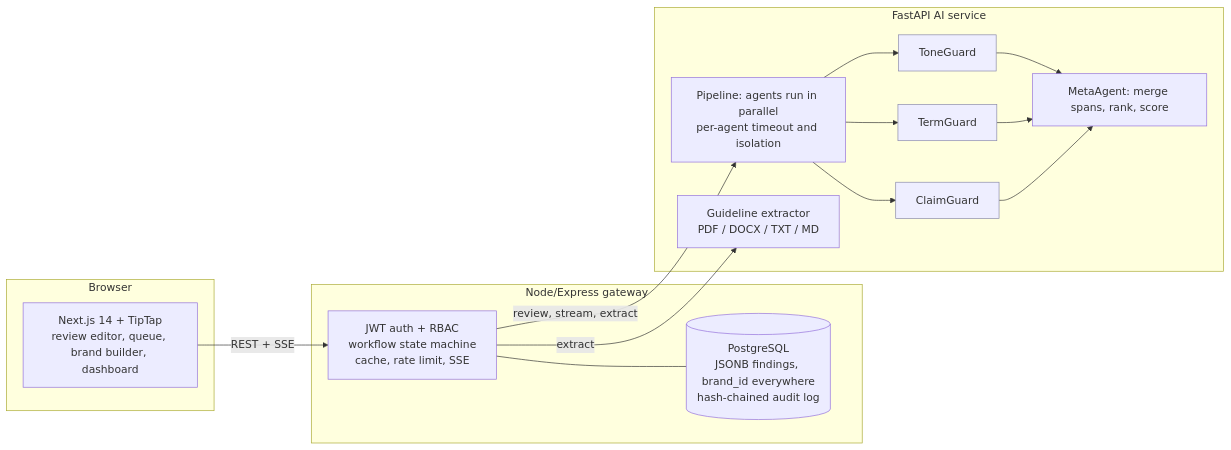
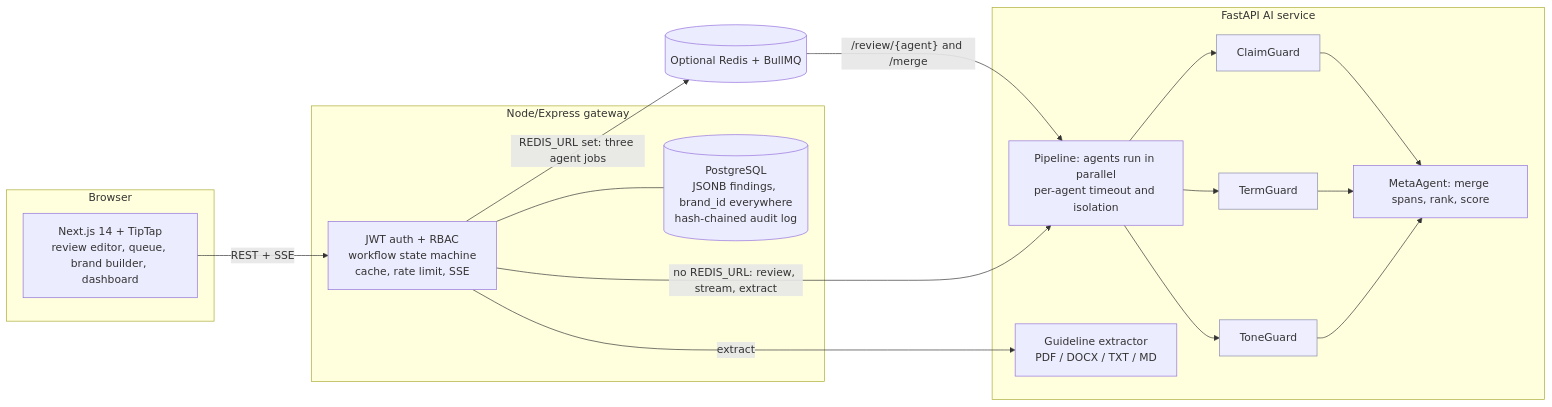
The diagram in README.md (Anky2231/verity), drawn with Mermaid before and after one commit. The commit also changed other lines of this file and 2 other files, not shown here.

Commit message:
docs: describe optional queue mode and latency

````diff
--- a/README.md
+++ b/README.md
@@ -25,24 +25,27 @@
 ```mermaid
 flowchart LR
   subgraph Browser
     W[Next.js 14 + TipTap<br/>review editor, queue, brand builder, dashboard]
   end
   subgraph API[Node/Express gateway]
     A[JWT auth + RBAC<br/>workflow state machine<br/>cache, rate limit, SSE]
     DB[(PostgreSQL<br/>JSONB findings, brand_id everywhere<br/>hash-chained audit log)]
   end
+  R[(Optional Redis + BullMQ)]
   subgraph AI[FastAPI AI service]
     P[Pipeline: agents run in parallel<br/>per-agent timeout and isolation]
     T[ToneGuard]:::a
     M[TermGuard]:::a
     C[ClaimGuard]:::a
     X[MetaAgent: merge spans, rank, score]
     E[Guideline extractor<br/>PDF / DOCX / TXT / MD]
   end
   W -- REST + SSE --> A
   A --- DB
-  A -- review, stream, extract --> P
+  A -- no REDIS_URL: review, stream, extract --> P
+  A -- REDIS_URL set: three agent jobs --> R
+  R -- /review/{agent} and /merge --> P
   P --> T & M & C --> X
   A -- extract --> E
   classDef a fill:#eef,stroke:#88a
 ```
````
